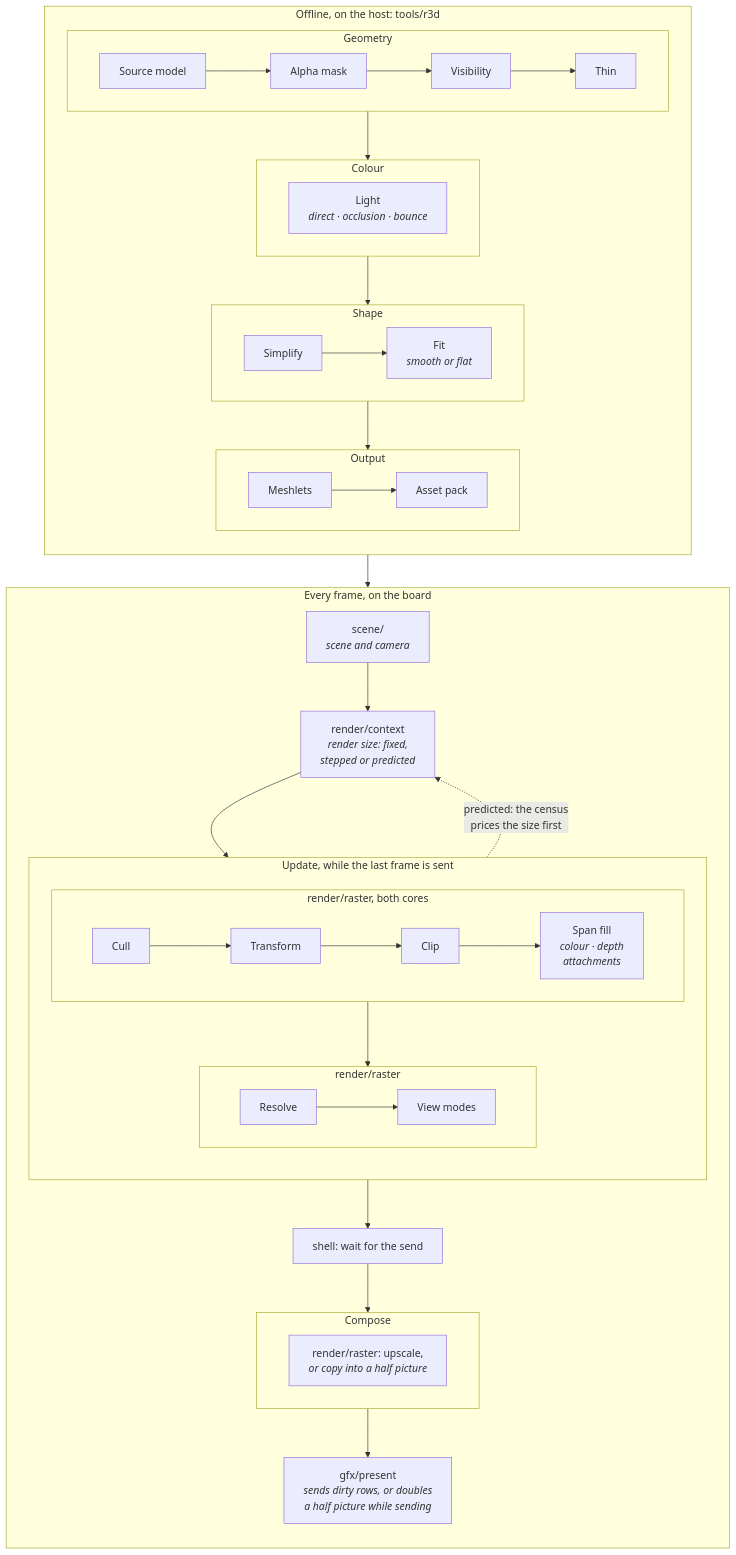
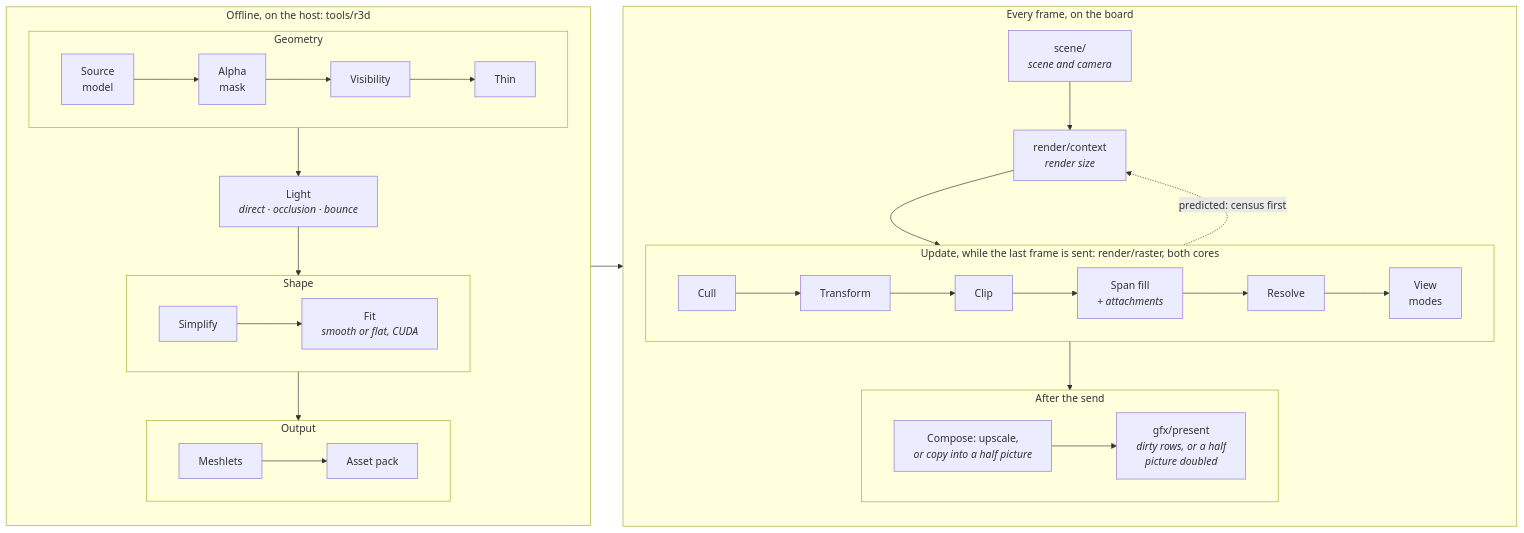
Before and after one commit to jose-villegas/autana: the diagram in docs/render/Render-Pipeline.md, drawn with Mermaid. The commit also changed other lines of this file, not shown here.

Commit message:
docs: the Render Pipeline page takes the two-column diagram and a nested contents list

````diff
--- a/docs/render/Render-Pipeline.md
+++ b/docs/render/Render-Pipeline.md
@@ -34,51 +34,37 @@
 ```mermaid
-flowchart TB
+flowchart LR
     subgraph Host["Offline, on the host: tools/r3d"]
         direction TB
         subgraph Geometry["Geometry"]
             direction LR
-            Src["Source model"] --> Mask["Alpha mask"] --> Vis["Visibility"] --> Thin["Thin"]
+            Src["Source<br/>model"] --> Mask["Alpha<br/>mask"] --> Vis["Visibility"] --> Thin["Thin"]
         end
-        subgraph Colour["Colour"]
-            direction LR
-            Light["Light<br/><i>direct · occlusion · bounce</i>"]
-        end
+        Light["Light<br/><i>direct · occlusion · bounce</i>"]
         subgraph Shape["Shape"]
             direction LR
-            Simp["Simplify"] --> Fit["Fit<br/><i>smooth or flat</i>"]
+            Simp["Simplify"] --> Fit["Fit<br/><i>smooth or flat, CUDA</i>"]
         end
         subgraph Output["Output"]
             direction LR
             Mesh["Meshlets"] --> Pack["Asset pack"]
         end
-        Thin --> Light
-        Light --> Simp
+        Thin --> Light --> Simp
         Fit --> Mesh
     end
     subgraph Board["Every frame, on the board"]
         direction TB
-        Scene["scene/<br/><i>scene and camera</i>"] --> Size["render/context<br/><i>render size: fixed,<br/>stepped or predicted</i>"]
-        subgraph Update["Update, while the last frame is sent"]
-            direction TB
-            subgraph Draw["render/raster, both cores"]
-                direction LR
-                Cull["Cull"] --> Xf["Transform"] --> Clip["Clip"] --> Fill["Span fill<br/><i>colour · depth<br/>attachments</i>"]
-            end
-            subgraph Finish["render/raster"]
-                direction LR
-                Res["Resolve"] --> View["View modes"]
-            end
-            Fill --> Res
+        Scene["scene/<br/><i>scene and camera</i>"] --> Size["render/context<br/><i>render size</i>"]
+        subgraph Update["Update, while the last frame is sent: render/raster, both cores"]
+            direction LR
+            Cull["Cull"] --> Xf["Transform"] --> Clip["Clip"] --> Fill["Span fill<br/><i>+ attachments</i>"] --> Res["Resolve"] --> View["View<br/>modes"]
         end
-        Wait["shell: wait for the send"]
-        subgraph Compose["Compose"]
+        subgraph After["After the send"]
             direction LR
-            Up["render/raster: upscale,<br/><i>or copy into a half picture</i>"]
+            Up["Compose: upscale,<br/><i>or copy into a half picture</i>"] --> Present["gfx/present<br/><i>dirty rows, or a half<br/>picture doubled</i>"]
         end
-        Present["gfx/present<br/><i>sends dirty rows, or doubles<br/>a half picture while sending</i>"]
         Size --> Cull
-        Cull -. "predicted: the census<br/>prices the size first" .-> Size
-        View --> Wait --> Up --> Present
+        Cull -. "predicted: census first" .-> Size
+        View --> Up
     end
     Pack --> Scene
 ```
````
